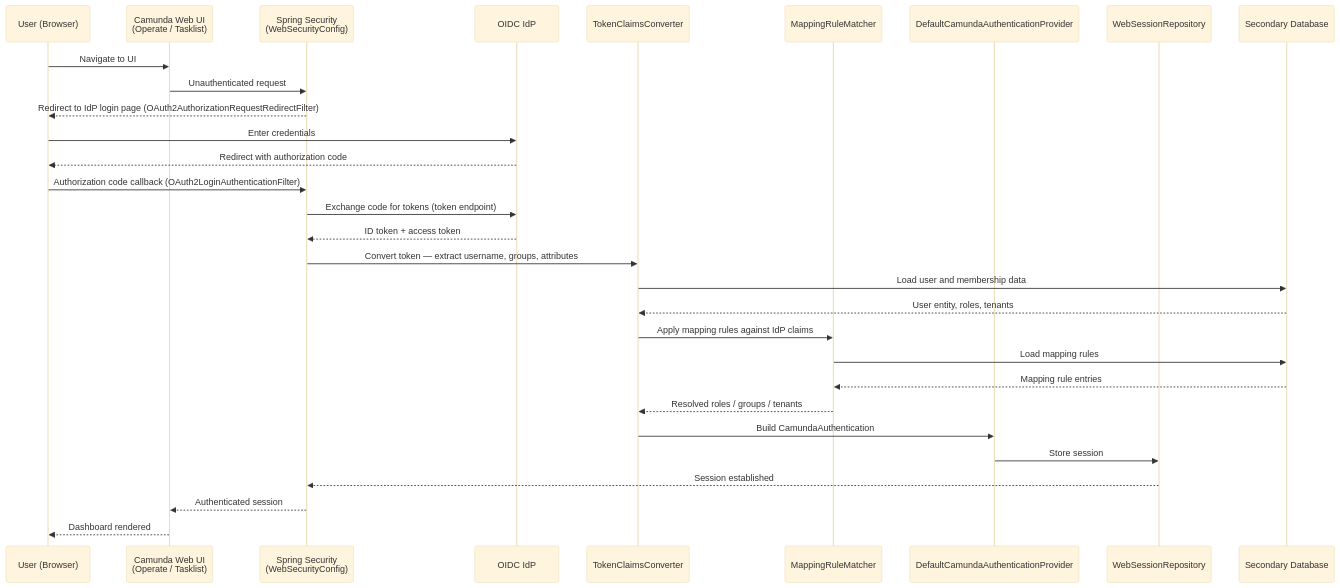
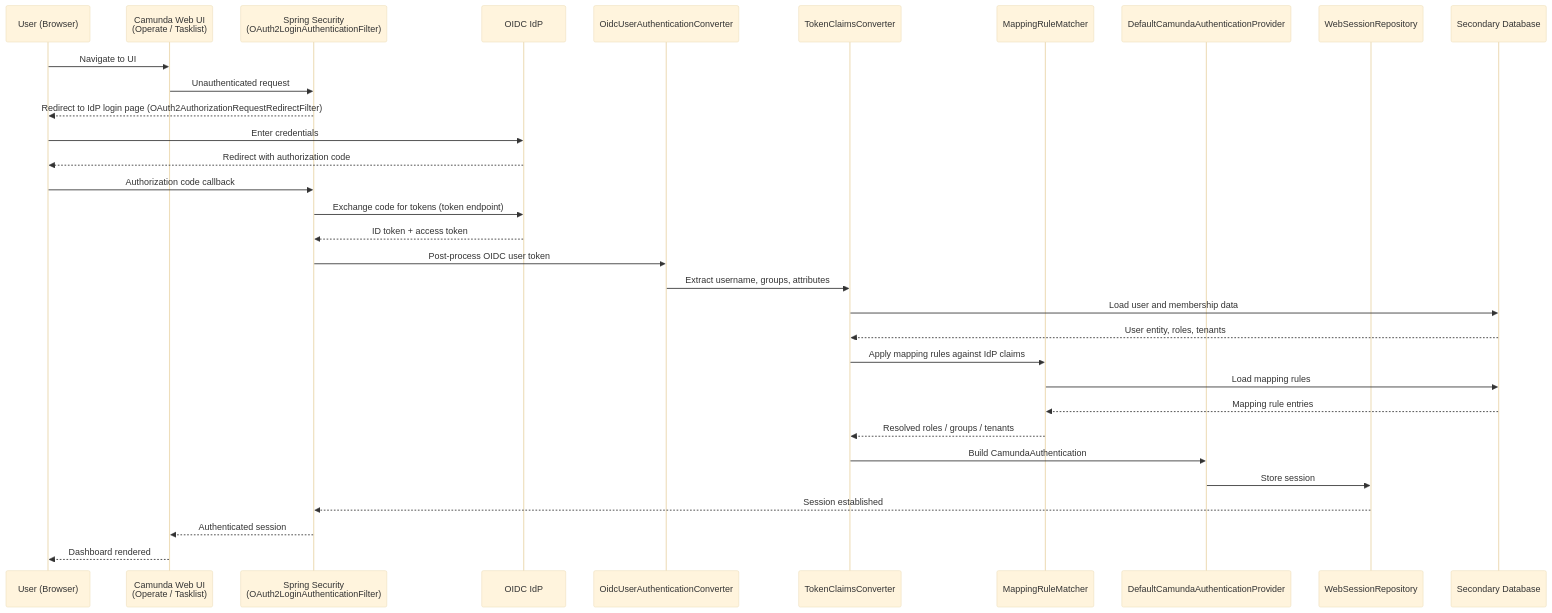
The ninth of 14 diagrams in docs/identity/architecture-documentation.md (camunda/camunda), drawn with Mermaid (base theme) before and after one commit. The commit also changed other lines of this file, not shown here.

Commit message:
docs: separate Basic Auth and OIDC diagrams in building blocks and runtime view

````diff
--- a/docs/identity/architecture-documentation.md
+++ b/docs/identity/architecture-documentation.md
@@ -382,33 +440,35 @@
 ```mermaid
 sequenceDiagram
   participant USER as User (Browser)
   participant UI as Camunda Web UI<br/>(Operate / Tasklist)
-  participant SS as Spring Security<br/>(WebSecurityConfig)
+  participant SS as Spring Security<br/>(OAuth2LoginAuthenticationFilter)
   participant IDP as OIDC IdP
+  participant OIDC_USER_CONV as OidcUserAuthenticationConverter
   participant CLAIMS as TokenClaimsConverter
   participant MAPPING as MappingRuleMatcher
   participant AUTHN_PROVIDER as DefaultCamundaAuthenticationProvider
   participant SESSION as WebSessionRepository
   participant SECONDARY_DB as Secondary Database
 
   USER->>UI: Navigate to UI
   UI->>SS: Unauthenticated request
   SS-->>USER: Redirect to IdP login page (OAuth2AuthorizationRequestRedirectFilter)
   USER->>IDP: Enter credentials
   IDP-->>USER: Redirect with authorization code
-  USER->>SS: Authorization code callback (OAuth2LoginAuthenticationFilter)
+  USER->>SS: Authorization code callback
   SS->>IDP: Exchange code for tokens (token endpoint)
   IDP-->>SS: ID token + access token
-  SS->>CLAIMS: Convert token — extract username, groups, attributes
+  SS->>OIDC_USER_CONV: Post-process OIDC user token
+  OIDC_USER_CONV->>CLAIMS: Extract username, groups, attributes
   CLAIMS->>SECONDARY_DB: Load user and membership data
   SECONDARY_DB-->>CLAIMS: User entity, roles, tenants
   CLAIMS->>MAPPING: Apply mapping rules against IdP claims
   MAPPING->>SECONDARY_DB: Load mapping rules
   SECONDARY_DB-->>MAPPING: Mapping rule entries
   MAPPING-->>CLAIMS: Resolved roles / groups / tenants
   CLAIMS->>AUTHN_PROVIDER: Build CamundaAuthentication
   AUTHN_PROVIDER->>SESSION: Store session
   SESSION-->>SS: Session established
   SS-->>UI: Authenticated session
   UI-->>USER: Dashboard rendered
 ```
````
